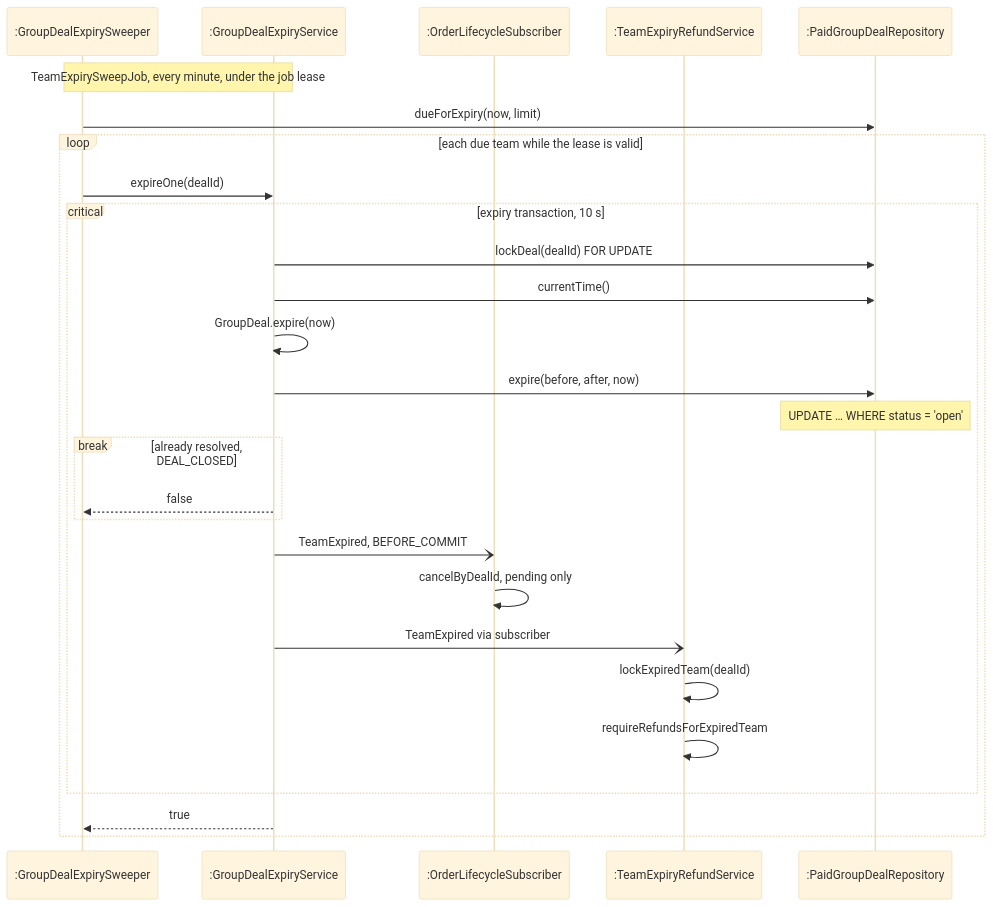
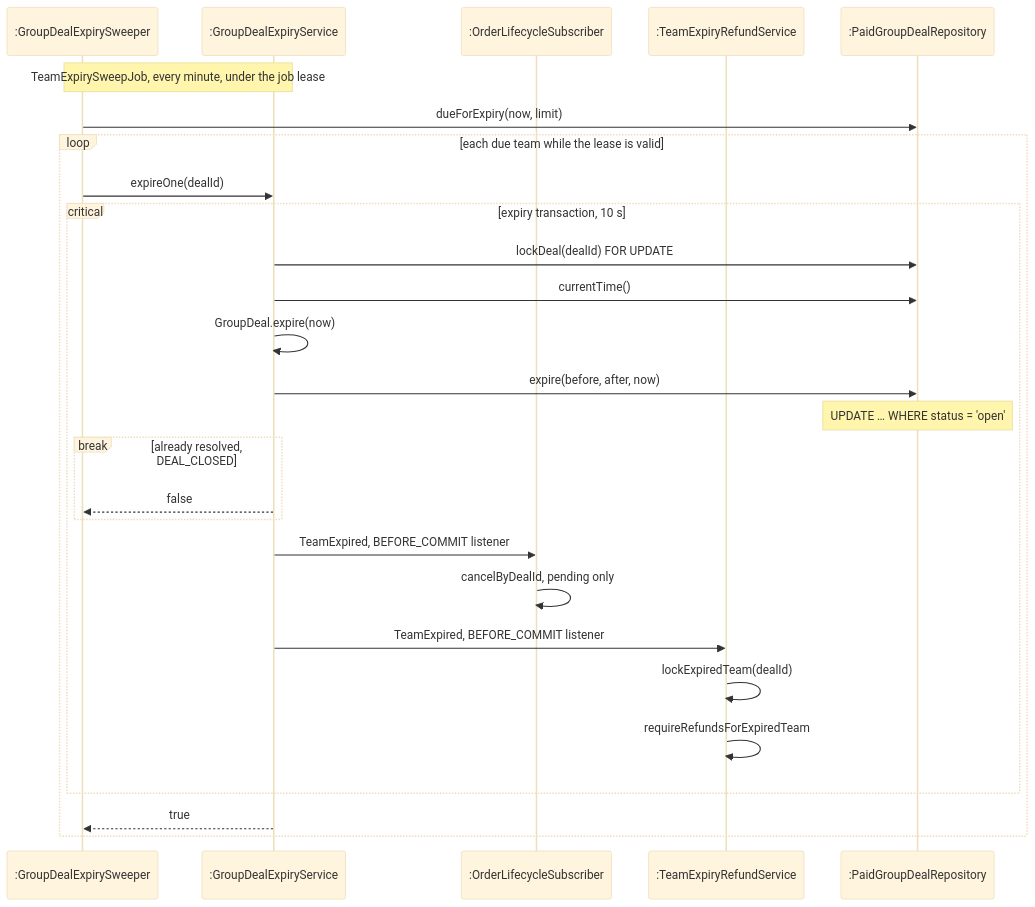
Before and after one commit to PPsyrius/iss-groupbuy-team8: the seventh of 10 diagrams in docs/swe5006/report/sections/03-4-2-yorik.md, drawn with Mermaid (base theme). The commit also changed 17 other files, not shown here.

````diff
--- a/docs/swe5006/report/sections/03-4-2-yorik.md
+++ b/docs/swe5006/report/sections/03-4-2-yorik.md
@@ -414,30 +414,30 @@
 ```mermaid
 sequenceDiagram
     participant Sweeper as :GroupDealExpirySweeper
     participant Expiry as :GroupDealExpiryService
     participant Orders as :OrderLifecycleSubscriber
     participant Refunds as :TeamExpiryRefundService
     participant Repo as :PaidGroupDealRepository
 
     Note over Sweeper,Expiry: TeamExpirySweepJob, every minute, under the job lease
     Sweeper->>Repo: dueForExpiry(now, limit)
     loop each due team while the lease is valid
         Sweeper->>Expiry: expireOne(dealId)
         critical expiry transaction, 10 s
             Expiry->>Repo: lockDeal(dealId) FOR UPDATE
             Expiry->>Repo: currentTime()
             Expiry->>Expiry: GroupDeal.expire(now)
             Expiry->>Repo: expire(before, after, now)
             Note over Repo: UPDATE … WHERE status = 'open'
             break already resolved, DEAL_CLOSED
                 Expiry-->>Sweeper: false
             end
-            Expiry-)Orders: TeamExpired, BEFORE_COMMIT
+            Expiry->>Orders: TeamExpired, BEFORE_COMMIT listener
             Orders->>Orders: cancelByDealId, pending only
-            Expiry-)Refunds: TeamExpired via subscriber
+            Expiry->>Refunds: TeamExpired, BEFORE_COMMIT listener
             Refunds->>Refunds: lockExpiredTeam(dealId)
             Refunds->>Refunds: requireRefundsForExpiredTeam
         end
         Expiry-->>Sweeper: true
     end
 ```
````
